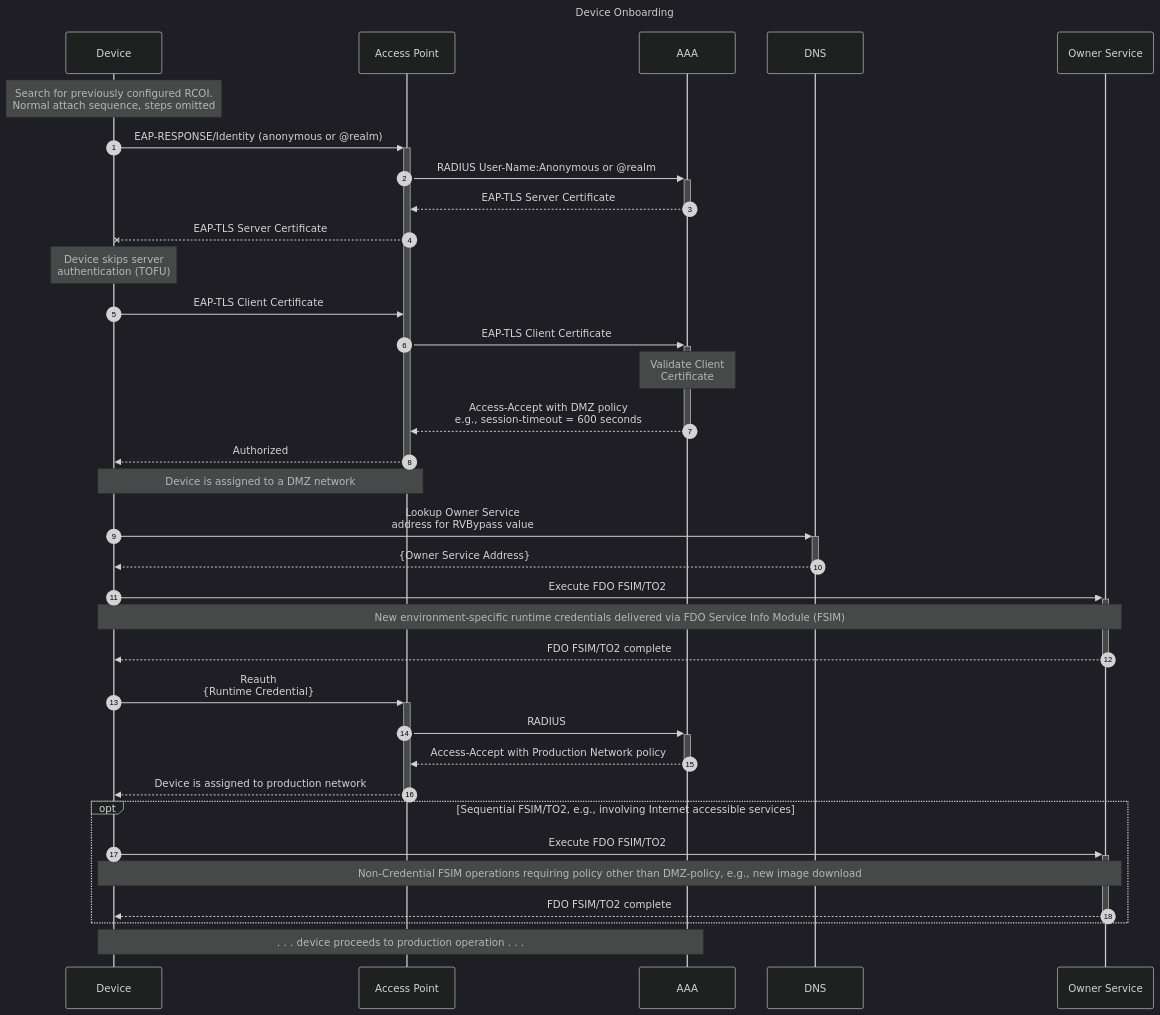
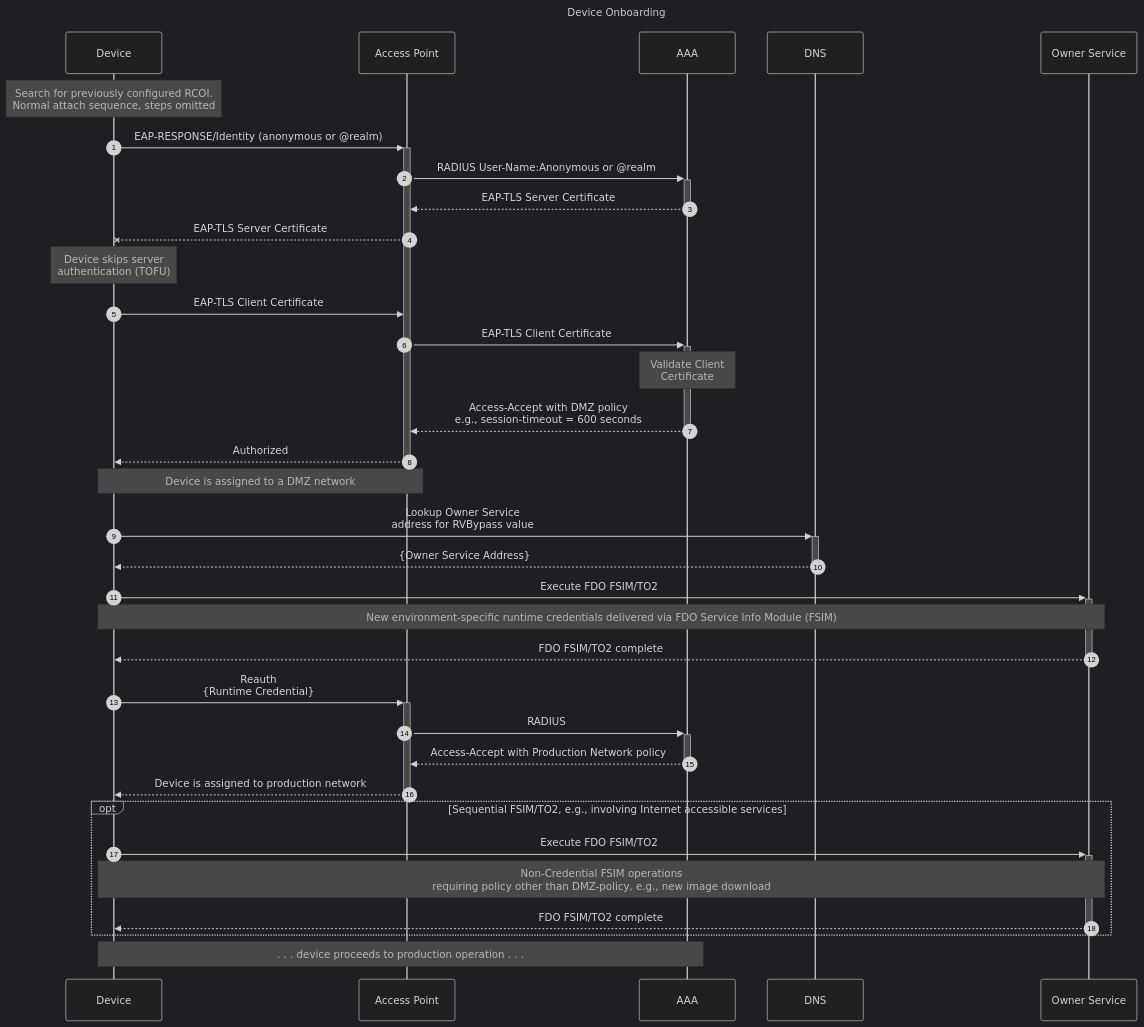
Before and after one commit to wireless-broadband-alliance/WBA-FIDO-Collaboration: the second of 2 diagrams in WORKFLOWS.md, drawn with Mermaid (dark theme).

````diff
--- a/WORKFLOWS.md
+++ b/WORKFLOWS.md
@@ -70,47 +70,47 @@
 ```mermaid
 sequenceDiagram
     title Device Onboarding
     participant dev as Device
     participant ap as Access Point
     participant aaa as AAA
     participant dns as DNS
     participant owner as Owner Service
 
     autonumber
 
     note over dev: Search for previously configured RCOI.<br/>Normal attach sequence, steps omitted
     dev ->>+ ap: EAP-RESPONSE/Identity (anonymous or @realm)
     ap ->>+ aaa: RADIUS User-Name:Anonymous or @realm
 
     aaa -->>- ap: EAP-TLS Server Certificate
     ap --x dev: EAP-TLS Server Certificate
     note over dev : Device skips server<br/>authentication (TOFU)
 
     dev ->> ap: EAP-TLS Client Certificate
     ap ->>+ aaa: EAP-TLS Client Certificate
 
     note over aaa : Validate Client<br/>Certificate
 
     aaa -->>- ap: Access-Accept with DMZ policy<br/>e.g., session-timeout = 600 seconds
     ap -->>- dev: Authorized
     note over dev,ap: Device is assigned to a DMZ network
 
     dev ->>+ dns: Lookup Owner Service<br/>address for RVBypass value
     dns -->>- dev: {Owner Service Address}
 
     dev ->>+ owner: Execute FDO FSIM/TO2
     note over dev,owner: New environment-specific runtime credentials delivered via FDO Service Info Module (FSIM)
     owner -->>- dev: FDO FSIM/TO2 complete
 
     dev ->>+ ap: Reauth<br/>{Runtime Credential}
     ap ->>+ aaa: RADIUS
     aaa -->>- ap: Access-Accept with Production Network policy
     ap -->>- dev: Device is assigned to production network
     opt Sequential FSIM/TO2, e.g., involving Internet accessible services
         dev ->>+ owner: Execute FDO FSIM/TO2
-            note over dev,owner: Non-Credential FSIM operations requiring policy other than DMZ-policy, e.g., new image download
+            note over dev,owner: Non-Credential FSIM operations<br/>requiring policy other than DMZ-policy, e.g., new image download
         owner -->>- dev: FDO FSIM/TO2 complete
 
     end
     note over dev,aaa: . . . device proceeds to production operation . . .
 ```
````
